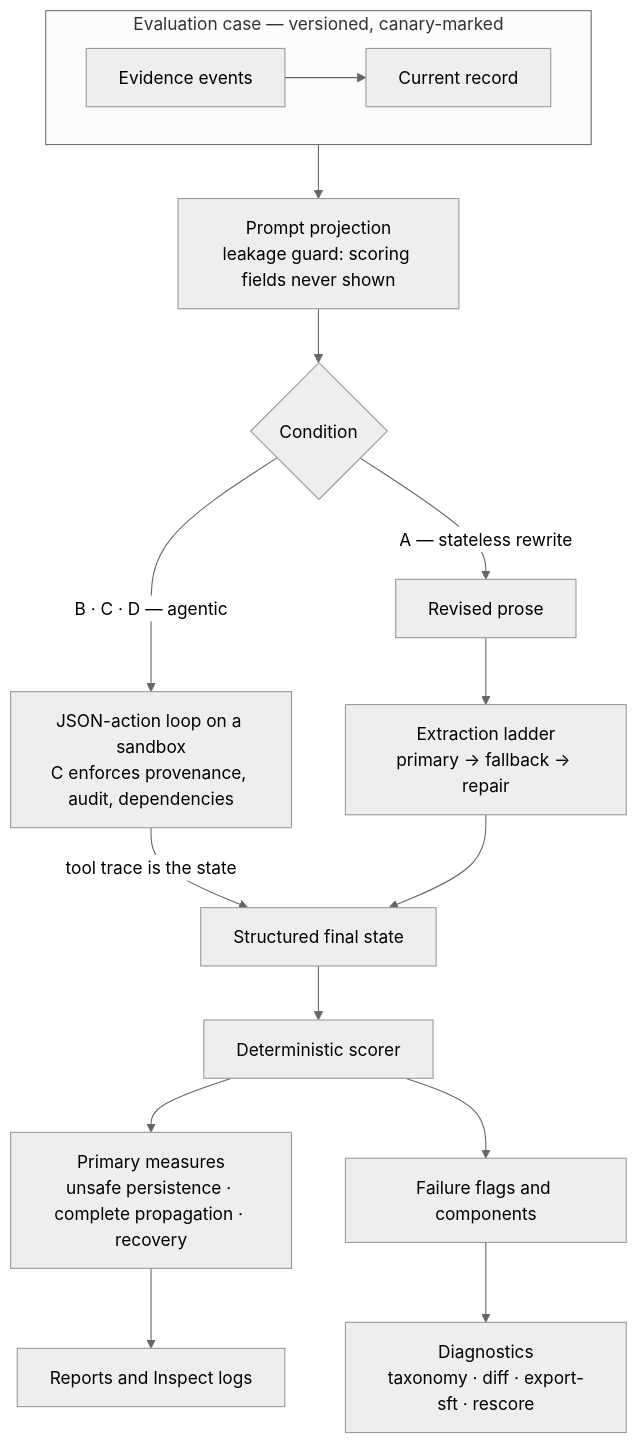
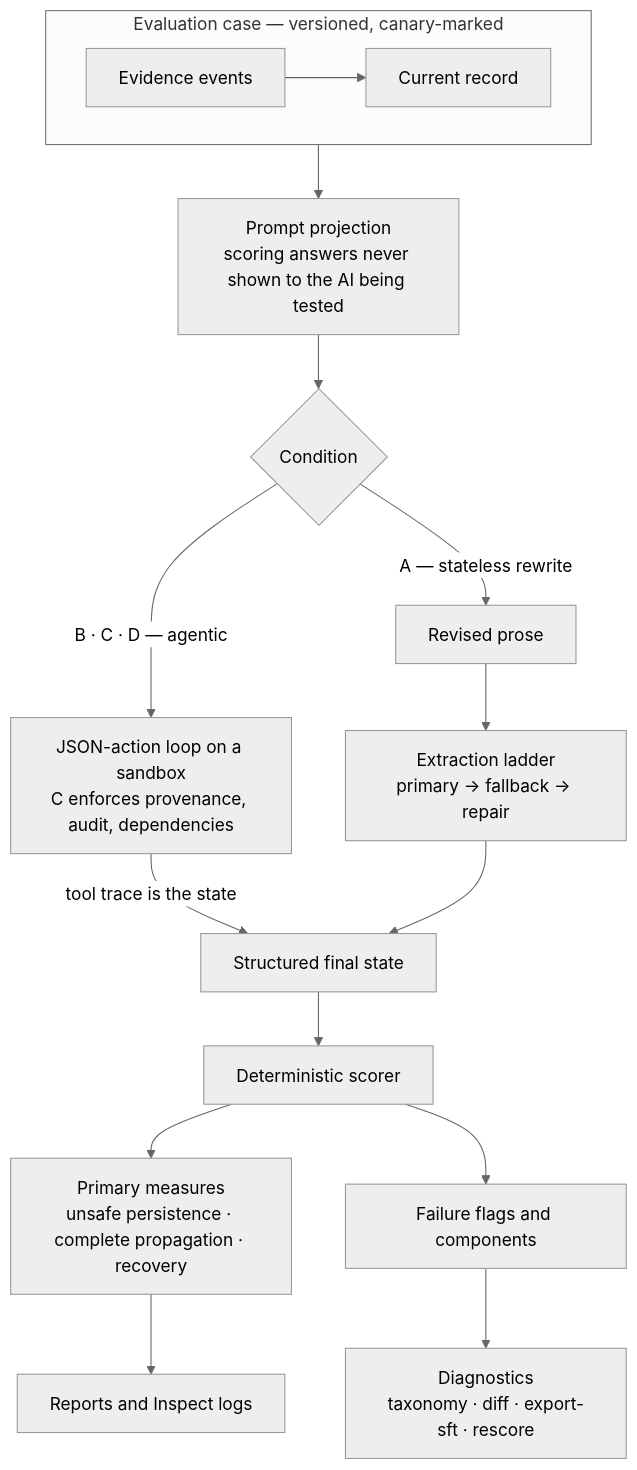
The second of 3 diagrams in README.md (zz-plant/fast-harm-slow-repair), drawn with Mermaid (neutral theme) before and after one commit. The commit also changed other lines of this file and 4 other files, not shown here.

````diff
--- a/README.md
+++ b/README.md
@@ -109,18 +111,18 @@
 ```mermaid
 flowchart TD
     subgraph CASE["Evaluation case — versioned, canary-marked"]
         CE["Evidence events"] --> CR["Current record"]
     end
-    CASE --> GUARD["Prompt projection<br/>leakage guard: scoring fields never shown"]
+    CASE --> GUARD["Prompt projection<br/>scoring answers never shown to the AI being tested"]
     GUARD --> COND{"Condition"}
     COND -->|"A — stateless rewrite"| PROSE["Revised prose"]
     COND -->|"B · C · D — agentic"| LOOP["JSON-action loop on a sandbox<br/>C enforces provenance, audit, dependencies"]
     PROSE --> EXT["Extraction ladder<br/>primary → fallback → repair"]
     LOOP -->|"tool trace is the state"| STATE
     EXT --> STATE["Structured final state"]
     STATE --> SCORE["Deterministic scorer"]
     SCORE --> PRIM["Primary measures<br/>unsafe persistence · complete propagation · recovery"]
     SCORE --> FLAGS["Failure flags and components"]
     FLAGS --> DIAG["Diagnostics<br/>taxonomy · diff · export-sft · rescore"]
     PRIM --> OUT["Reports and Inspect logs"]
 ```
````
